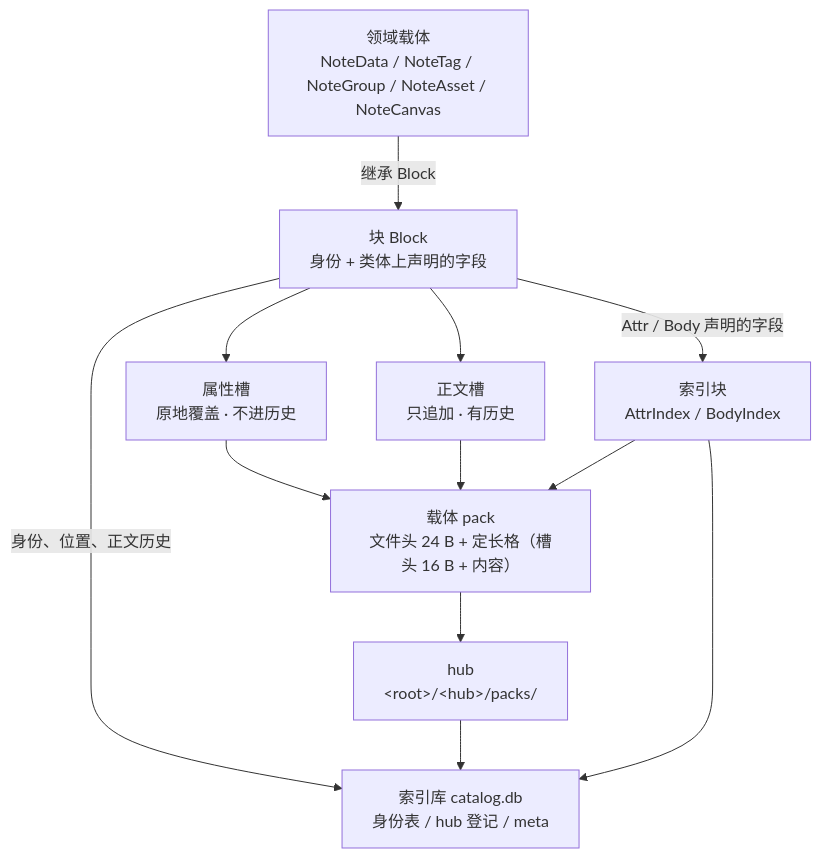
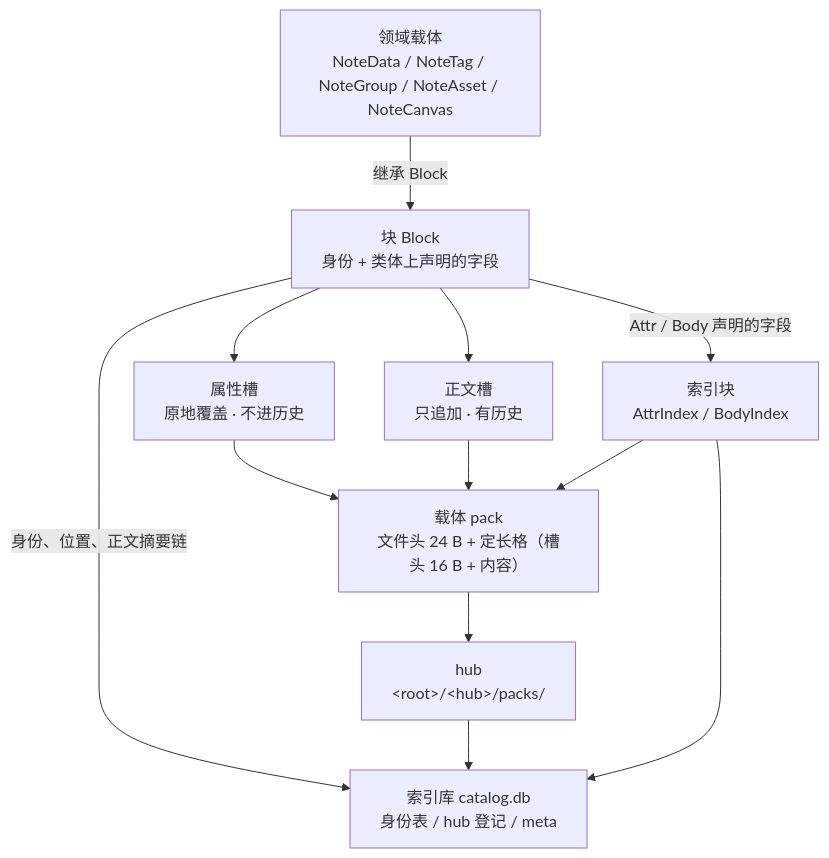
The first of 2 diagrams in docs/architecture/storage-design.md (HanYang06/Cairn), drawn with Mermaid before and after one commit. The commit also changed other lines of this file and 7 other files, not shown here.

````diff
--- a/docs/architecture/storage-design.md
+++ b/docs/architecture/storage-design.md
@@ -90,15 +90,15 @@
 ```mermaid
 graph TD
     T["领域载体<br/>NoteData / NoteTag / NoteGroup / NoteAsset / NoteCanvas"]
     T -->|"继承 Block"| B["块 Block<br/>身份 + 类体上声明的字段"]
     B --> A["属性槽<br/>原地覆盖 · 不进历史"]
     B --> D["正文槽<br/>只追加 · 有历史"]
-    B -->|"身份、位置、正文历史"| I["索引库 catalog.db<br/>身份表 / hub 登记 / meta"]
+    B -->|"身份、位置、正文摘要链"| I["索引库 catalog.db<br/>身份表 / hub 登记 / meta"]
     A --> P["载体 pack<br/>文件头 24 B + 定长格（槽头 16 B + 内容）"]
     D --> P
     P --> H["hub<br/>&lt;root&gt;/&lt;hub&gt;/packs/"]
     H --> I
     B -->|"Attr / Body 声明的字段"| X["索引块<br/>AttrIndex / BodyIndex"]
     X --> P
     X --> I
 ```
````
